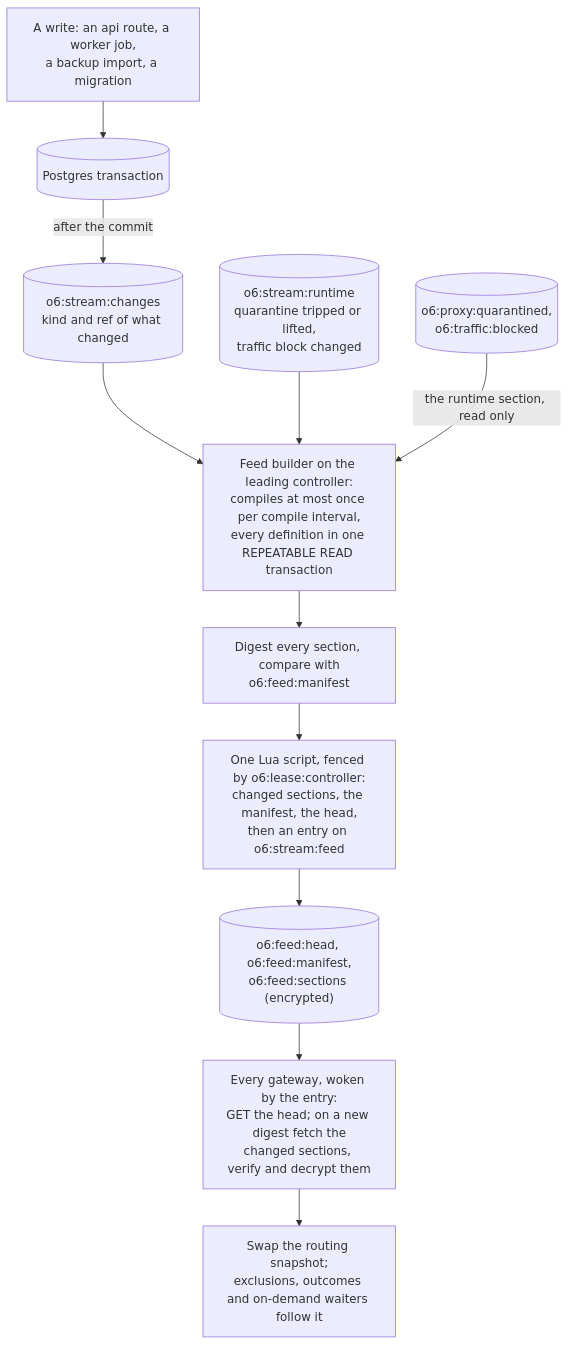
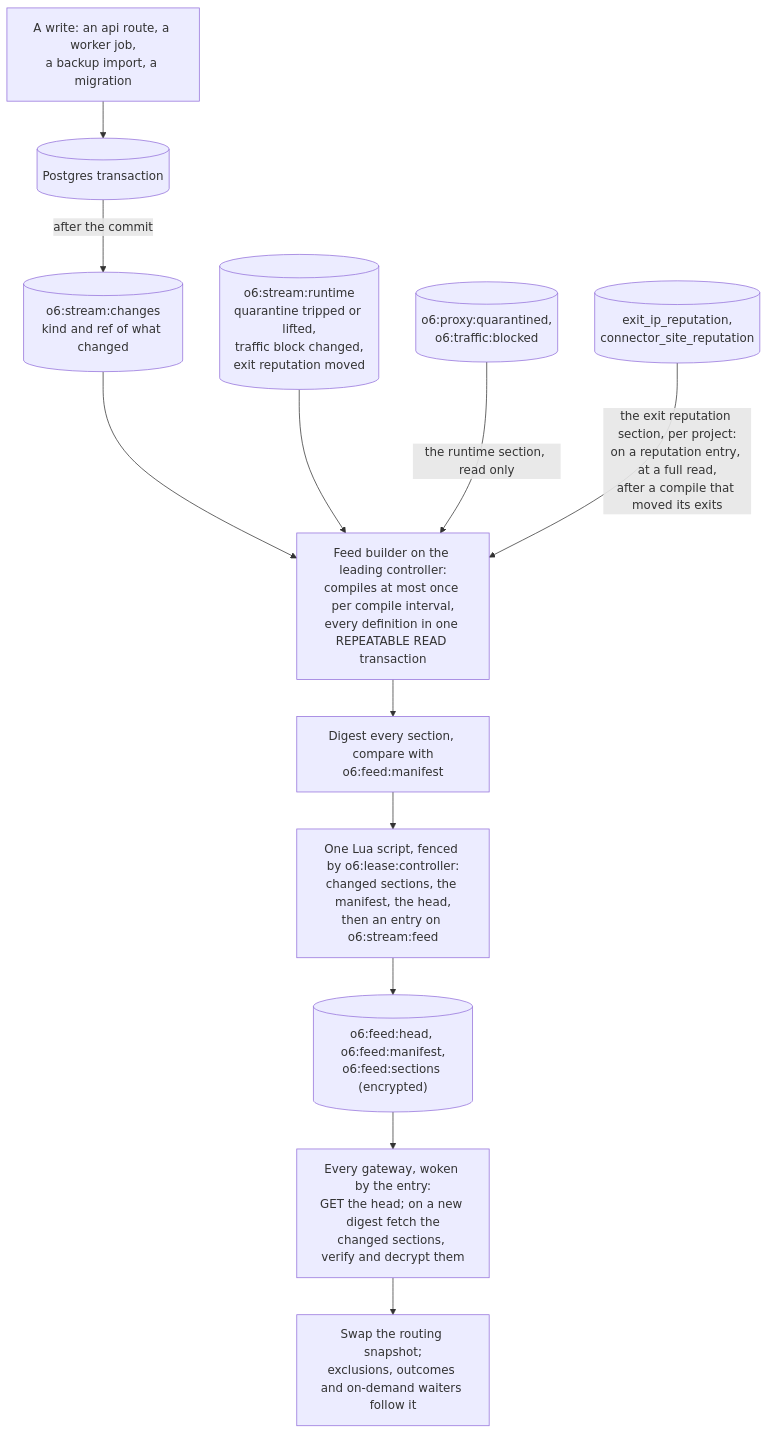
The third of 6 diagrams in docs/architecture.md (octoprox/octoprox), drawn with Mermaid before and after one commit. The commit also changed other lines of this file and 140 other files, not shown here.

````diff
--- a/docs/architecture.md
+++ b/docs/architecture.md
@@ -160,13 +162,14 @@
 ```mermaid
 flowchart TD
     write["A write: an api route, a worker job,<br/>a backup import, a migration"] --> tx[("Postgres transaction")]
     tx -->|"after the commit"| changes[("o6:stream:changes<br/>kind and ref of what changed")]
     changes --> builder["Feed builder on the leading controller:<br/>compiles at most once per compile interval,<br/>every definition in one REPEATABLE READ transaction"]
-    runtime[("o6:stream:runtime<br/>quarantine tripped or lifted,<br/>traffic block changed")] --> builder
+    runtime[("o6:stream:runtime<br/>quarantine tripped or lifted,<br/>traffic block changed,<br/>exit reputation moved")] --> builder
     state[("o6:proxy:quarantined,<br/>o6:traffic:blocked")] -->|"the runtime section, read only"| builder
+    records[("exit_ip_reputation,<br/>connector_site_reputation")] -->|"the exit reputation section, per project:<br/>on a reputation entry, at a full read,<br/>after a compile that moved its exits"| builder
     builder --> digest["Digest every section, compare with<br/>o6:feed:manifest"]
     digest --> publish["One Lua script, fenced by o6:lease:controller:<br/>changed sections, the manifest, the head,<br/>then an entry on o6:stream:feed"]
     publish --> feed[("o6:feed:head, o6:feed:manifest,<br/>o6:feed:sections (encrypted)")]
     feed --> follow["Every gateway, woken by the entry:<br/>GET the head; on a new digest fetch the<br/>changed sections, verify and decrypt them"]
     follow --> swap["Swap the routing snapshot;<br/>exclusions, outcomes and on-demand waiters follow it"]
 ```
````
